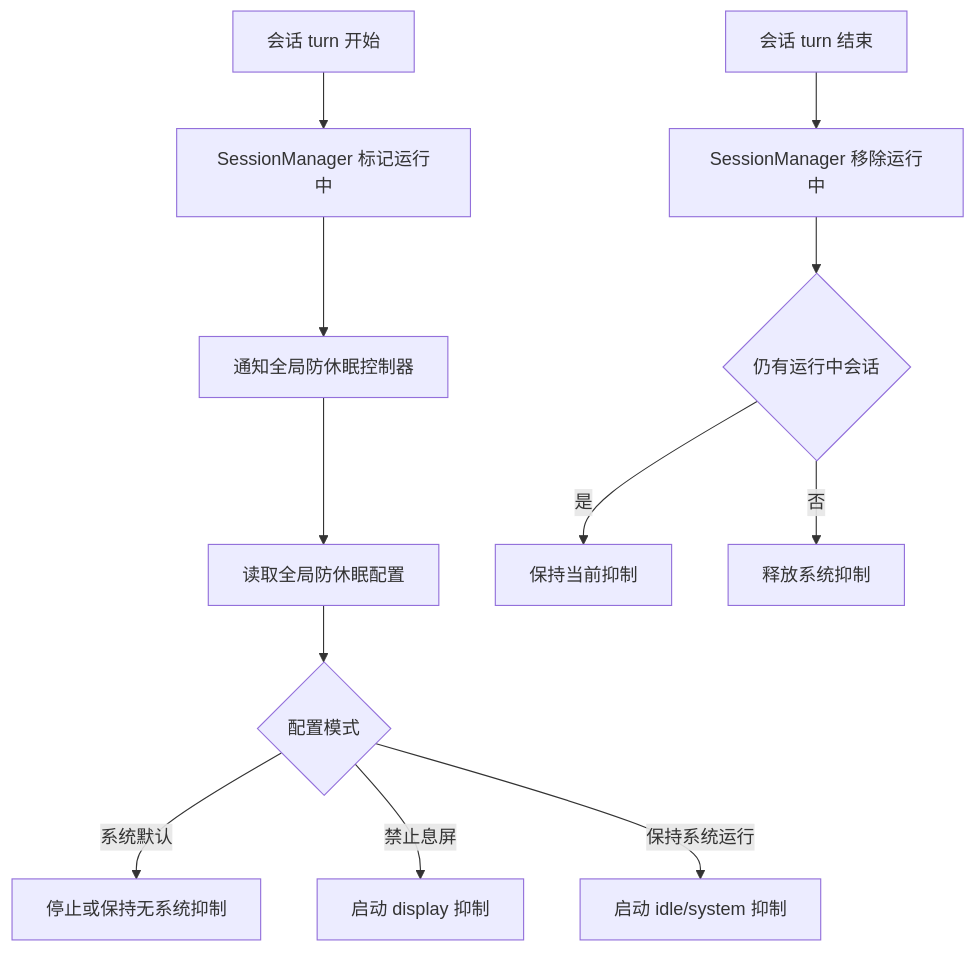
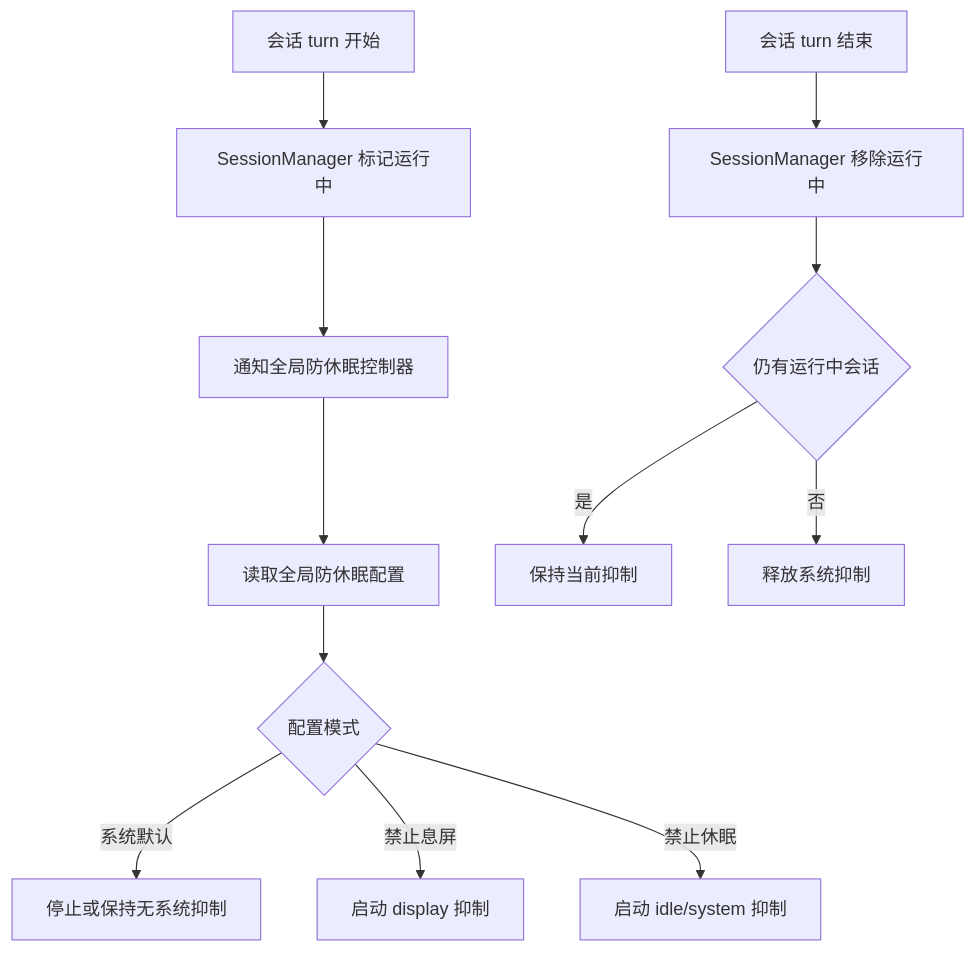
Before and after one commit to hughfenghen/YorZ: the second of 3 diagrams in .yorz/specs/260806.feat.prevent-system-sleep/spec.md, drawn with Mermaid. The commit also changed other lines of this file and 4 other files, not shown here.

````diff
--- a/.yorz/specs/260806.feat.prevent-system-sleep/spec.md
+++ b/.yorz/specs/260806.feat.prevent-system-sleep/spec.md
@@ -82,14 +87,14 @@
 ```mermaid
 flowchart TD
     Start[会话 turn 开始] --> AddRunning[SessionManager 标记运行中]
     AddRunning --> NotifyController[通知全局防休眠控制器]
     NotifyController --> LoadPolicy[读取全局防休眠配置]
     LoadPolicy --> Mode{配置模式}
     Mode -->|系统默认| StopInhibit[停止或保持无系统抑制]
     Mode -->|禁止息屏| DisplayInhibit[启动 display 抑制]
-    Mode -->|保持系统运行| SystemInhibit[启动 idle/system 抑制]
+    Mode -->|禁止休眠| SystemInhibit[启动 idle/system 抑制]
     End[会话 turn 结束] --> RemoveRunning[SessionManager 移除运行中]
     RemoveRunning --> AnyRunning{仍有运行中会话}
     AnyRunning -->|是| KeepCurrent[保持当前抑制]
     AnyRunning -->|否| Release[释放系统抑制]
 ```
````
